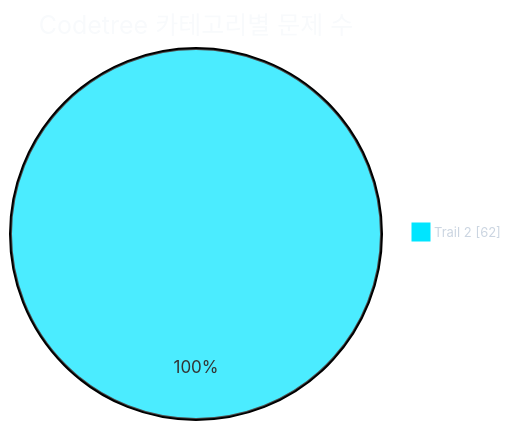
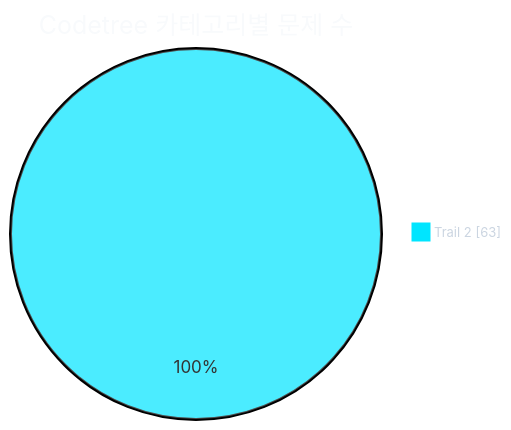
One commit to CHOOSLA/Algorithm changed the first of 2 diagrams in readme.md. Above: the diagram before and after it, drawn with Mermaid. The commit also changed other lines of this file and 2 other files, not shown here.

````diff
--- a/readme.md
+++ b/readme.md
@@ -31,21 +31,21 @@
 ```mermaid
 ---
 config:
   theme: base
   themeVariables:
     background: '#0d1117'
     pieTitleTextColor: '#f8fafc'
     pieLegendTextColor: '#cbd5e1'
     pieLegendTextSize: '13px'
     pie1: '#00e5ff'
     pie2: '#22c55e'
     pie3: '#f59e0b'
     pie4: '#a855f7'
     pie5: '#ec4899'
     pie6: '#3b82f6'
     pie7: '#64748b'
 ---
 pie showData
   title Codetree 카테고리별 문제 수
-  "Trail 2" : 62
+  "Trail 2" : 63
 ```
````
